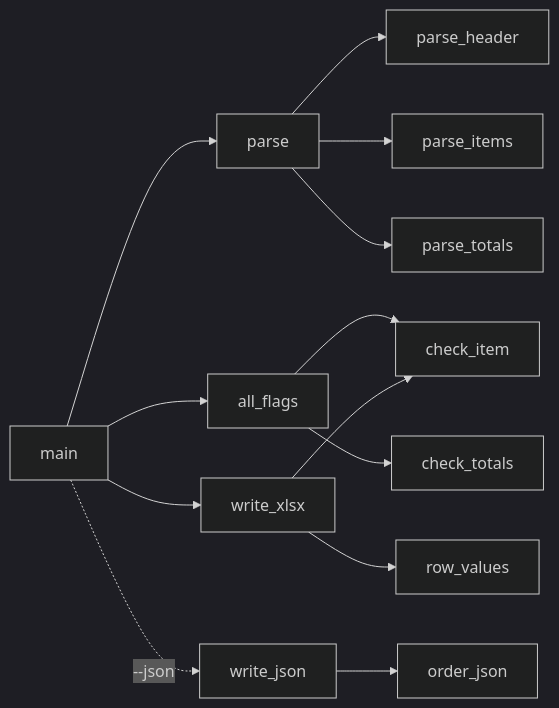
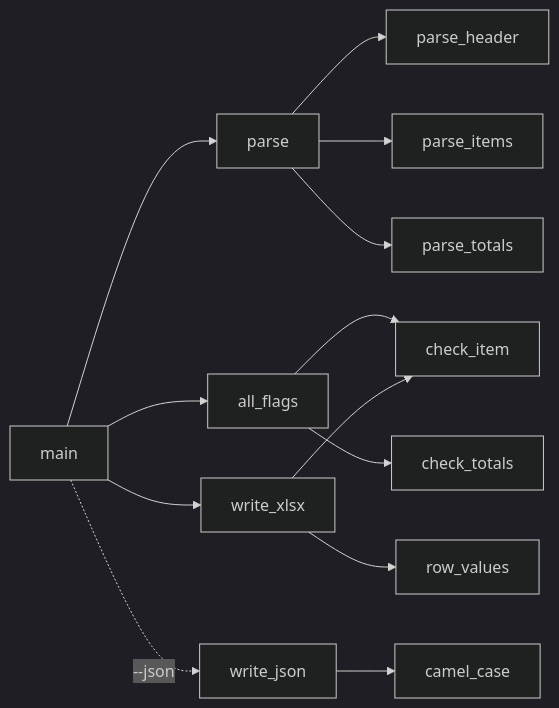
Before and after one commit to TRUPALIX9/bhf-take-home: the ninth of 10 diagrams in docs/DESIGN.md, drawn with Mermaid (dark theme). The commit also changed other lines of this file and 33 other files, not shown here.

````diff
--- a/docs/DESIGN.md
+++ b/docs/DESIGN.md
@@ -219,15 +218,15 @@
 ```mermaid
 flowchart LR
   main --> parse
   main --> all_flags
   main --> write_xlsx
   main -. "--json" .-> write_json
   parse --> parse_header
   parse --> parse_items
   parse --> parse_totals
   all_flags --> check_item
   all_flags --> check_totals
   write_xlsx --> row_values
   write_xlsx --> check_item
-  write_json --> order_json
+  write_json --> camel_case
 ```
````
